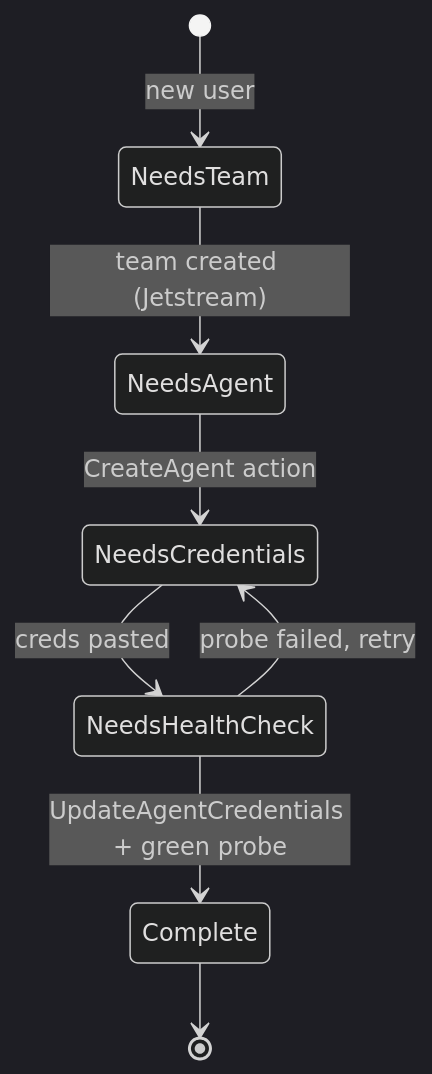
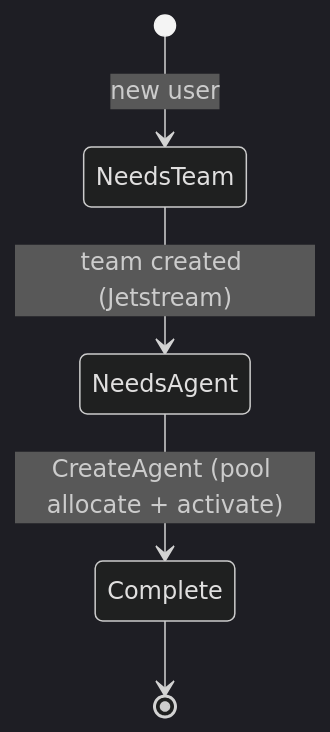
One commit to Neoptolemospapadiofantous/automation_dashboard changed the seventh of 7 diagrams in docs/phase-13-multitenancy.md. Above: the diagram before and after it, drawn with Mermaid (dark theme). The commit also changed other lines of this file and 59 other files, not shown here.

````diff
--- a/docs/phase-13-multitenancy.md
+++ b/docs/phase-13-multitenancy.md
@@ -430,10 +458,7 @@
 ```mermaid
 stateDiagram-v2
     [*] --> NeedsTeam : new user
     NeedsTeam --> NeedsAgent : team created (Jetstream)
-    NeedsAgent --> NeedsCredentials : CreateAgent action
-    NeedsCredentials --> NeedsHealthCheck : creds pasted
-    NeedsHealthCheck --> Complete : UpdateAgentCredentials + green probe
-    NeedsHealthCheck --> NeedsCredentials : probe failed, retry
+    NeedsAgent --> Complete : CreateAgent (pool allocate + activate)
     Complete --> [*]
 ```
````
